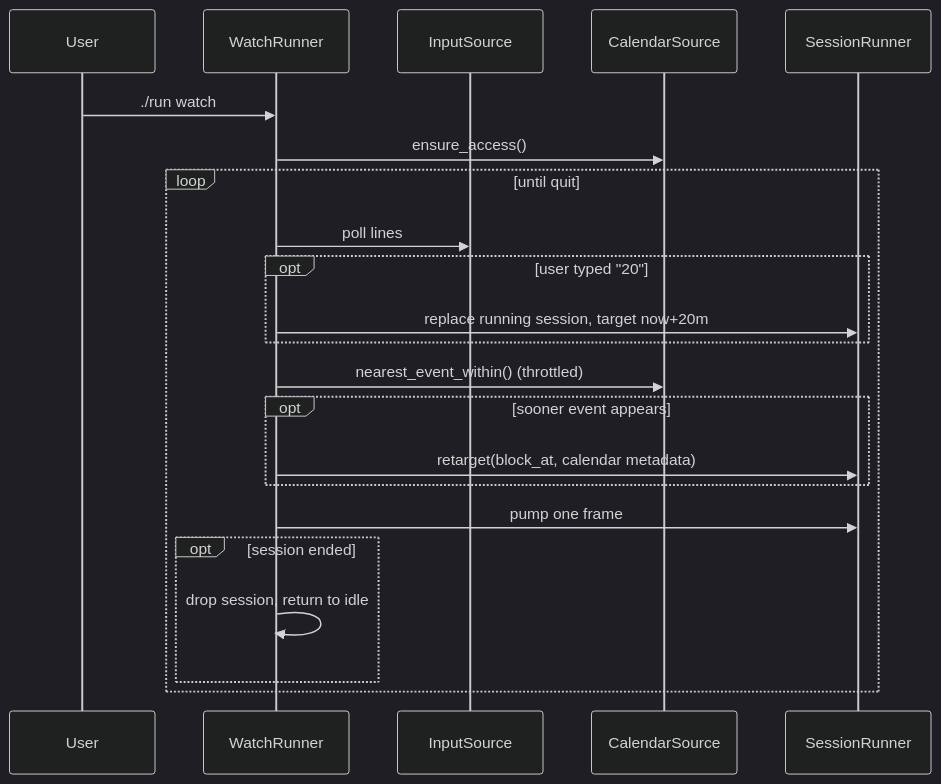
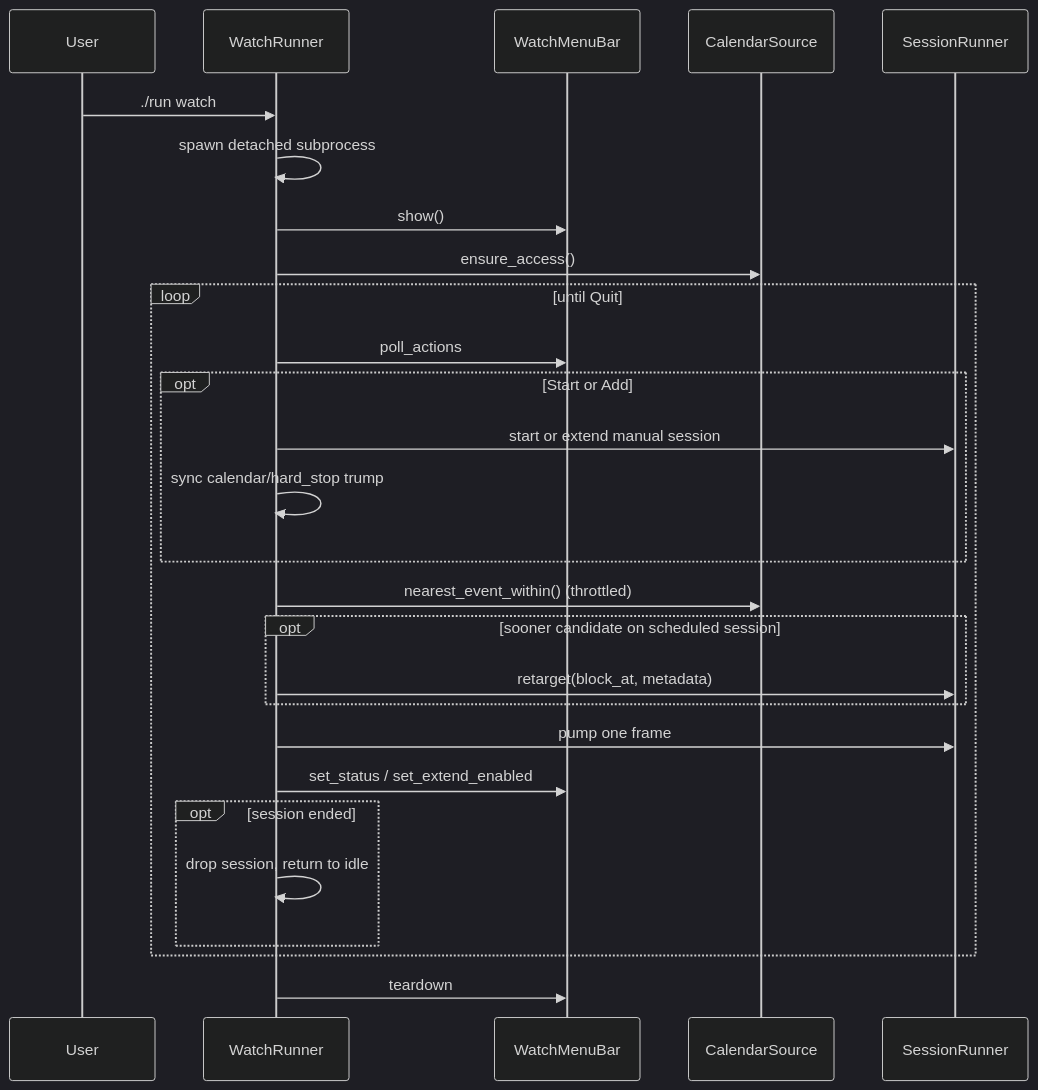
Before and after one commit to benjamayden/CtimeLI: the fifth of 6 diagrams in docs/architecture.md, drawn with Mermaid (dark theme). The commit also changed other lines of this file and 43 other files, not shown here.

````diff
--- a/docs/architecture.md
+++ b/docs/architecture.md
@@ -208,25 +208,30 @@
 ```mermaid
 sequenceDiagram
   participant U as User
   participant WR as WatchRunner
-  participant IN as InputSource
+  participant MB as WatchMenuBar
   participant CAL as CalendarSource
   participant S as SessionRunner
 
   U->>WR: ./run watch
+  WR->>WR: spawn detached subprocess
+  WR->>MB: show()
   WR->>CAL: ensure_access()
-  loop until quit
-    WR->>IN: poll lines
-    opt user typed "20"
-      WR->>S: replace running session, target now+20m
+  loop until Quit
+    WR->>MB: poll_actions
+    opt Start or Add
+      WR->>S: start or extend manual session
+      WR->>WR: sync calendar/hard_stop trump
     end
     WR->>CAL: nearest_event_within() (throttled)
-    opt sooner event appears
-      WR->>S: retarget(block_at, calendar metadata)
+    opt sooner candidate on scheduled session
+      WR->>S: retarget(block_at, metadata)
     end
     WR->>S: pump one frame
+    WR->>MB: set_status / set_extend_enabled
     opt session ended
       WR->>WR: drop session, return to idle
     end
   end
+  WR->>MB: teardown
 ```
````
